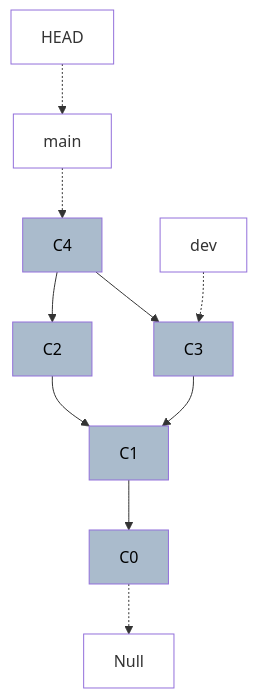
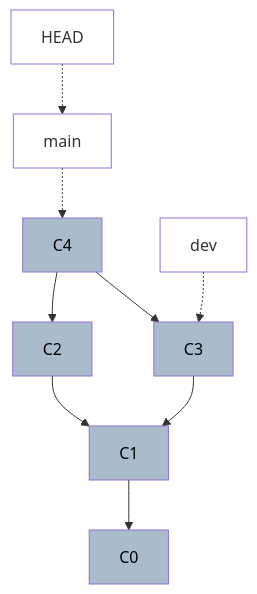
The eighth of 14 diagrams in posts/Git.qmd (ohshane/ohshane.github.io), drawn with Mermaid before and after one commit. The commit also changed other lines of this file, not shown here.

````diff
--- a/posts/Git.qmd
+++ b/posts/Git.qmd
@@ -146,15 +143,14 @@
 ```{mermaid}
 flowchart TB
-  C0:::commit -.-> Null:::pointer
   C1:::commit --> C0:::commit
   C2:::commit --> C1:::commit
   C3:::commit --> C1:::commit
   C4:::commit --> C2:::commit
   C4:::commit --> C3:::commit
 
   main:::pointer -.-> C4
   dev:::pointer -.-> C3
   HEAD:::pointer -.-> main
   classDef commit fill: #abc, color: #000
   classDef pointer fill: #fff, color #000, font: #000
 ```
````
